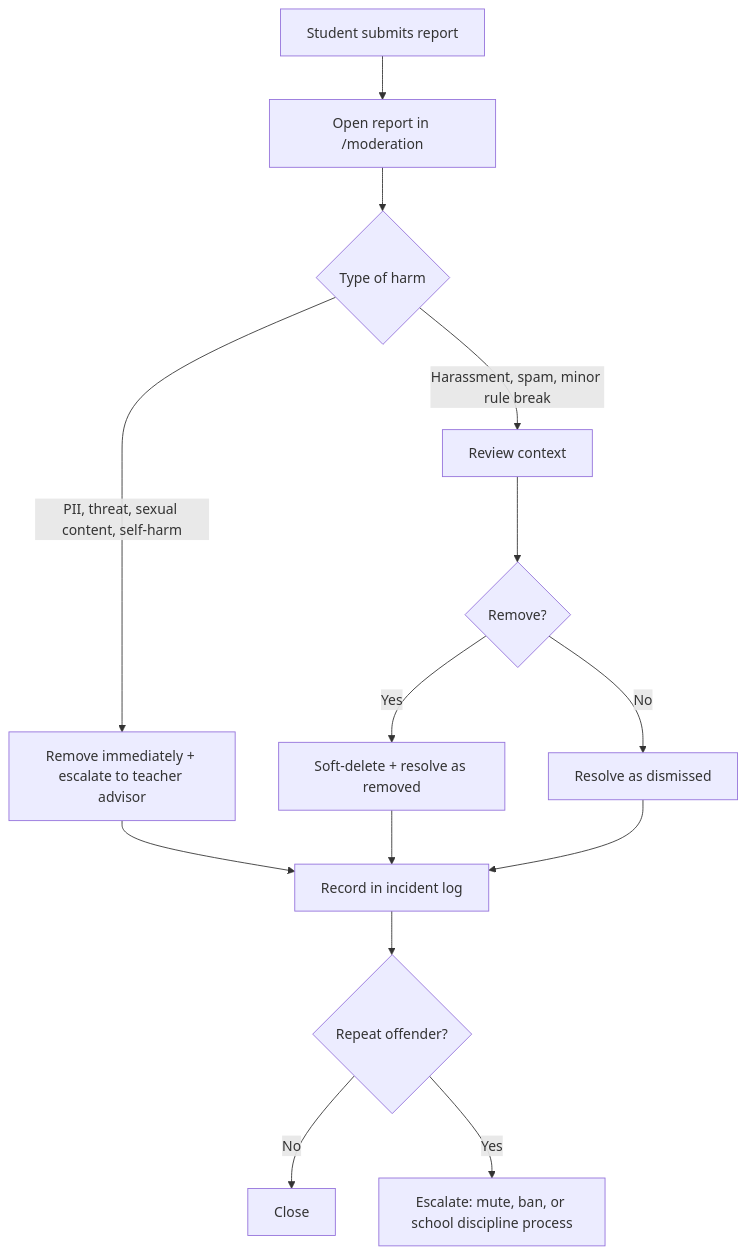
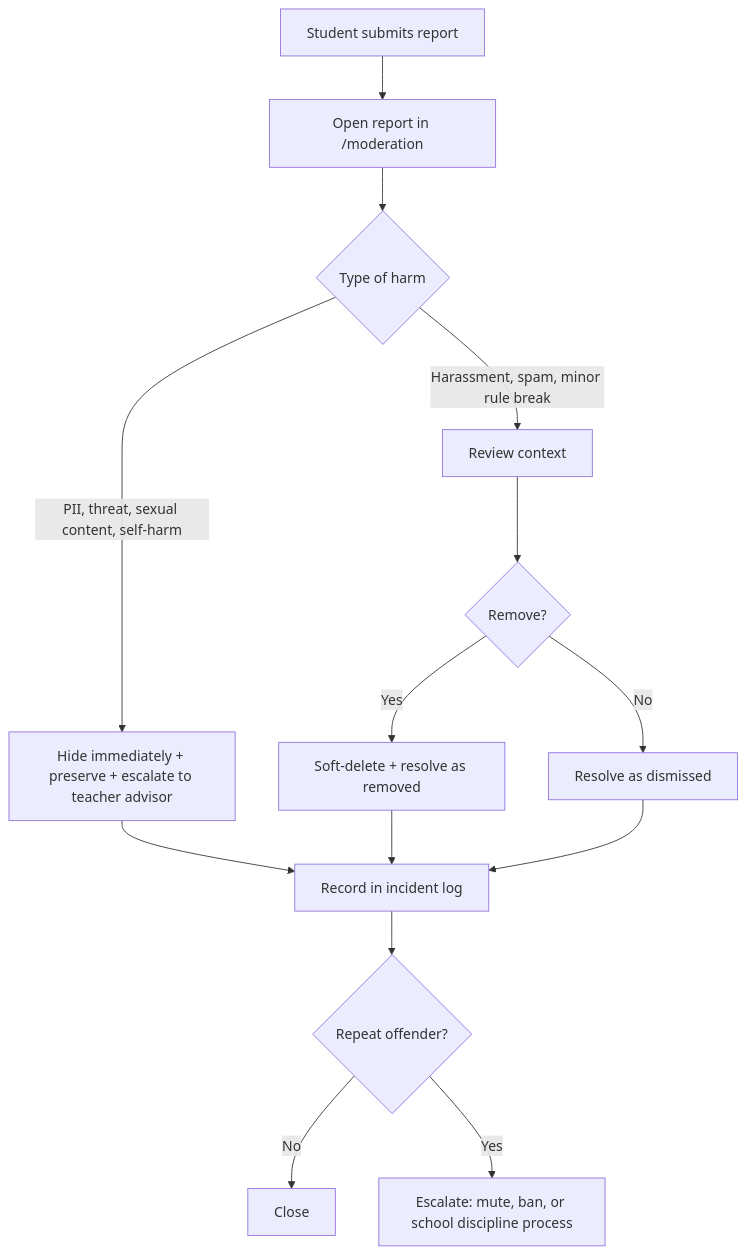
Before and after one commit to Galigraver-0722/kindaitoyooka-bbs: the diagram in docs/06-safety-and-moderation.md, drawn with Mermaid. The commit also changed other lines of this file and 34 other files, not shown here.

````diff
--- a/docs/06-safety-and-moderation.md
+++ b/docs/06-safety-and-moderation.md
@@ -100,16 +100,16 @@
 ```mermaid
 flowchart TD
     A[Student submits report] --> B[Open report in /moderation]
     B --> C{Type of harm}
-    C -->|PII, threat, sexual content, self-harm| D[Remove immediately + escalate to teacher advisor]
+    C -->|PII, threat, sexual content, self-harm| D[Hide immediately + preserve + escalate to teacher advisor]
     C -->|Harassment, spam, minor rule break| E[Review context]
     E --> F{Remove?}
     F -->|Yes| G[Soft-delete + resolve as removed]
     F -->|No| H[Resolve as dismissed]
     D --> I[Record in incident log]
     G --> I
     H --> I
     I --> J{Repeat offender?}
     J -->|No| K[Close]
     J -->|Yes| L[Escalate: mute, ban, or school discipline process]
 ```
````
